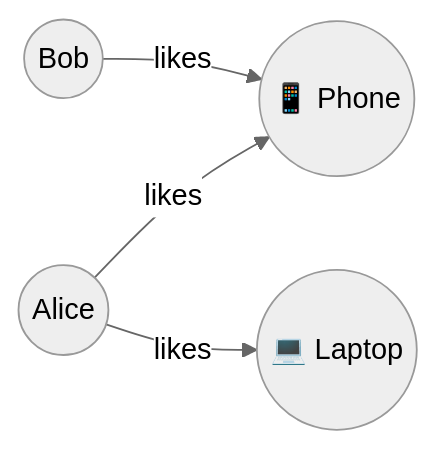
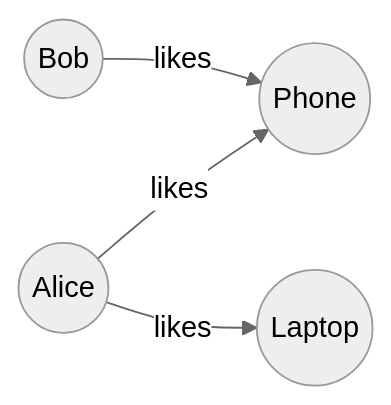
One commit to kakao/actionbase changed the diagram in website/src/content/docs/quick-start.mdx. Above: the diagram before and after it, drawn with Mermaid (neutral theme). The commit also changed other lines of this file, not shown here.

````diff
--- a/website/src/content/docs/quick-start.mdx
+++ b/website/src/content/docs/quick-start.mdx
@@ -151,6 +52,6 @@
-   ```mermaid
-   graph LR
-       Alice((Alice)) -->|likes| Phone((📱 Phone))
-       Alice -->|likes| Laptop((💻 Laptop))
-       Bob((Bob)) -->|likes| Phone
-   ```
+```mermaid
+graph LR
+    Alice((Alice)) -->|likes| Phone((Phone))
+    Alice -->|likes| Laptop((Laptop))
+    Bob((Bob)) -->|likes| Phone
+```
````
